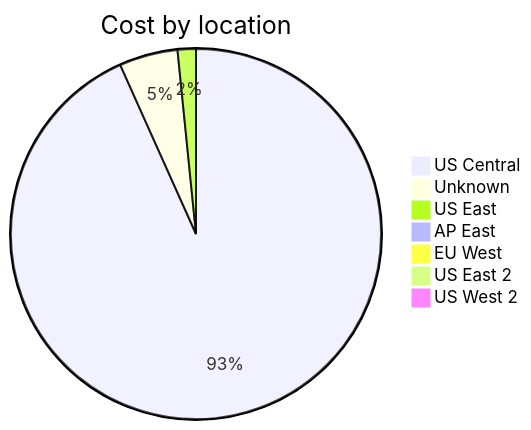
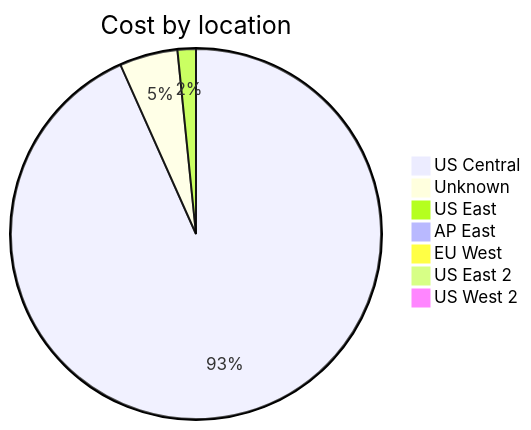
One commit to jpfulton/azure-personal-reports changed the third of 4 diagrams in cost-reports/accumulated-cost.md. Above: the diagram before and after it, drawn with Mermaid. The commit also changed other lines of this file and 4 other files, not shown here.

````diff
--- a/cost-reports/accumulated-cost.md
+++ b/cost-reports/accumulated-cost.md
@@ -123,11 +123,11 @@
 ```mermaid
 pie
    title Cost by location
-   "US Central" : 2.92
-   "Unknown" : 0.16
-   "US East" : 0.05
+   "US Central" : 3.49
+   "Unknown" : 0.19
+   "US East" : 0.06
    "AP East" : 0.00
    "EU West" : 0.00
    "US East 2" : 0.00
    "US West 2" : 0.00
 ```
````
